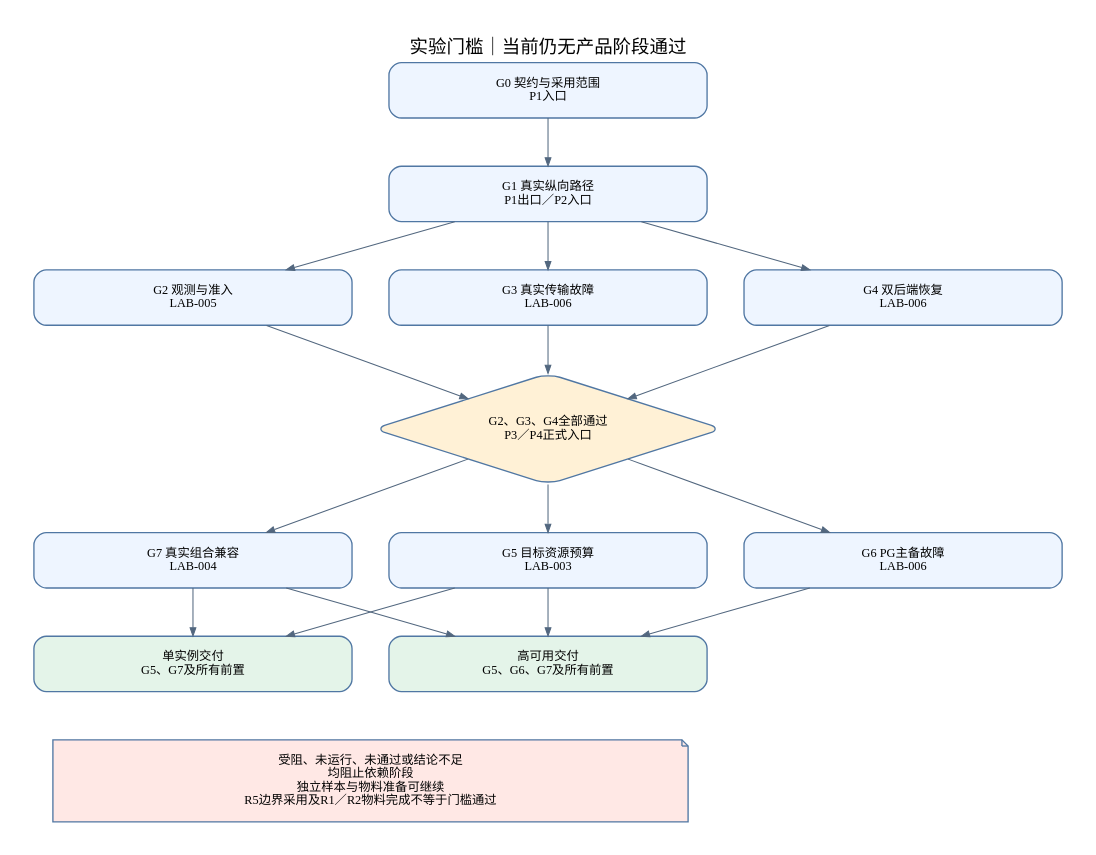
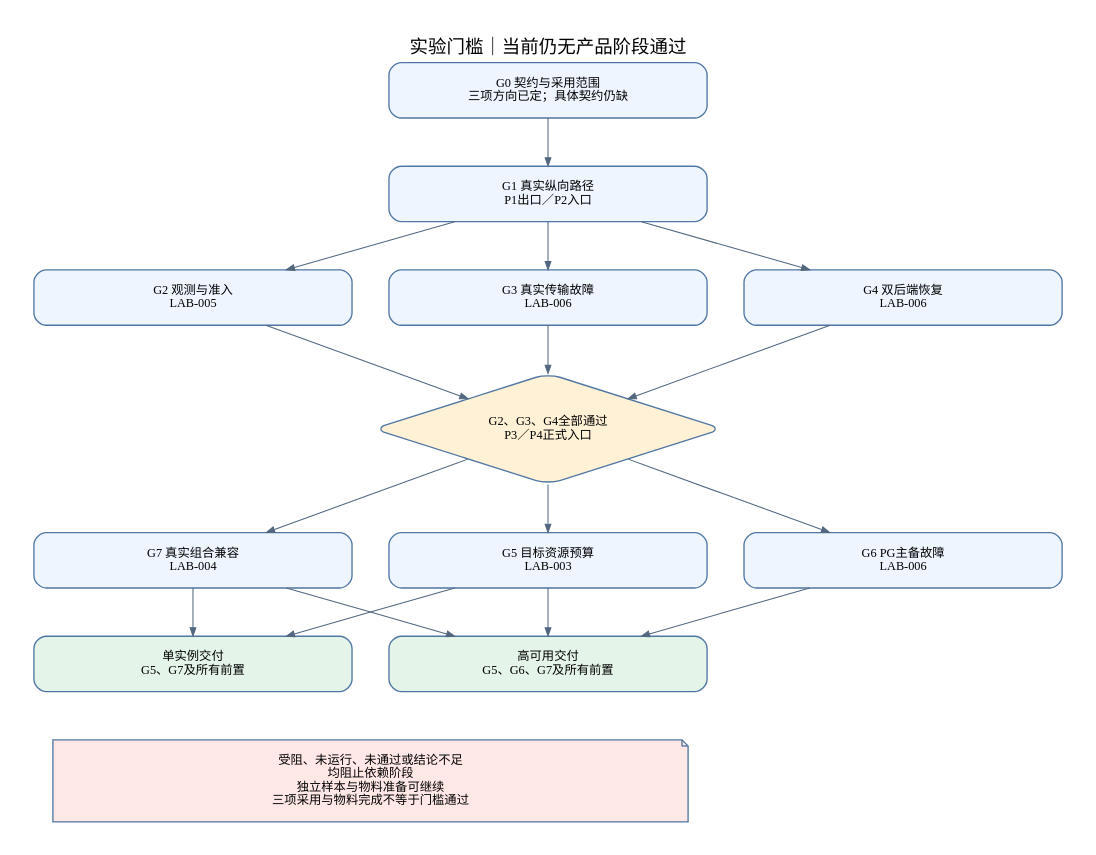
Before and after one commit to wyw-ai/loom-oi: the diagram in docs/architecture/diagrams/v0.7/06-delivery-dependencies.dot, drawn with Graphviz. The commit also changed 38 other files, not shown here.

```diff
--- a/docs/architecture/diagrams/v0.7/06-delivery-dependencies.dot
+++ b/docs/architecture/diagrams/v0.7/06-delivery-dependencies.dot
@@ -1,23 +1,23 @@
 digraph G {
 graph [bgcolor="white",pad="0.35",nodesep="0.5",ranksep="0.65",fontname="Noto Sans SC",fontsize=18,labelloc="t",splines=polyline];
 node [shape=box,style="rounded,filled",fillcolor="#eef5ff",color="#5077a3",fontname="Noto Sans SC",fontsize=12,width=4.3,margin="0.35,0.2",penwidth=1.3];
 edge [color="#52677f",fontname="Noto Sans SC",fontsize=10,arrowsize=0.8];
 rankdir=TB;label="实验门槛｜当前仍无产品阶段通过";
- g0[label="G0 契约与采用范围\nP1入口"];
+ g0[label="G0 契约与采用范围\n三项方向已定；具体契约仍缺"];
  g1[label="G1 真实纵向路径\nP1出口／P2入口"];
  g2[label="G2 观测与准入\nLAB-005"];
  g3[label="G3 真实传输故障\nLAB-006"];
  g4[label="G4 双后端恢复\nLAB-006"];
  gate[label="G2、G3、G4全部通过\nP3／P4正式入口",shape=diamond,fillcolor="#fff1d6"];
  g5[label="G5 目标资源预算\nLAB-003"];
  g6[label="G6 PG主备故障\nLAB-006"];
  g7[label="G7 真实组合兼容\nLAB-004"];
  single[label="单实例交付\nG5、G7及所有前置",fillcolor="#e4f4e9"];
  ha[label="高可用交付\nG5、G6、G7及所有前置",fillcolor="#e4f4e9"];
  g0->g1;g1->g2;g1->g3;g1->g4;{rank=same;g2;g3;g4;}
  g2->gate;g3->gate;g4->gate;gate->g5;gate->g6;gate->g7;{rank=same;g5;g6;g7;}
  g5->single;g7->single;g5->ha;g6->ha;g7->ha;
- note[label="受阻、未运行、未通过或结论不足\n均阻止依赖阶段\n独立样本与物料准备可继续\nR5边界采用及R1／R2物料完成不等于门槛通过",width=8.6,shape=note,fillcolor="#ffe8e5"];
+ note[label="受阻、未运行、未通过或结论不足\n均阻止依赖阶段\n独立样本与物料准备可继续\n三项采用与物料完成不等于门槛通过",width=8.6,shape=note,fillcolor="#ffe8e5"];
  single->note[style=invis];ha->note[style=invis];
 
 }
```
